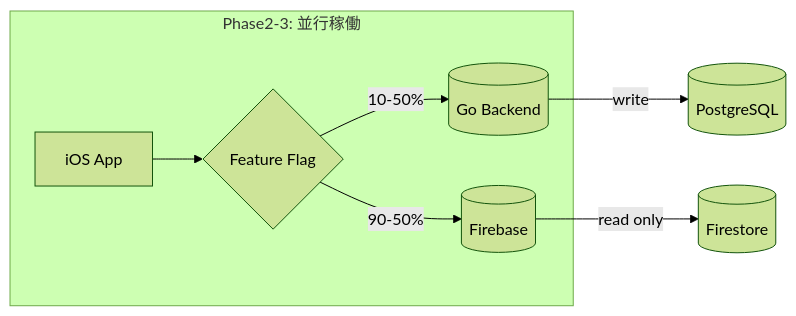
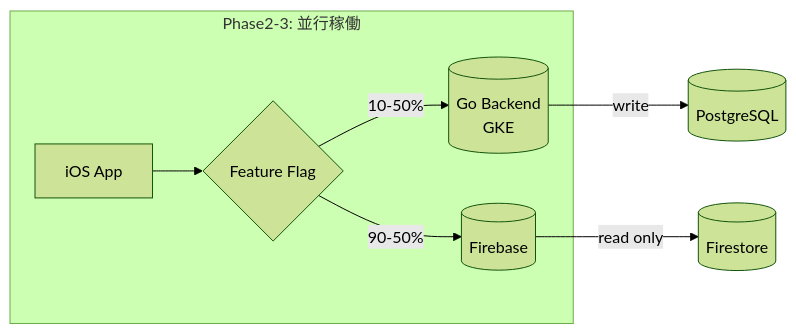
Before and after one commit to RRRRRRR-777/TokoToko: the second of 2 diagrams in backend/docs/deployment-architecture.md, drawn with Mermaid (forest theme). The commit also changed other lines of this file, not shown here.

First line of the commit message:
docs: GKE Autopilotアーキテクチャへ変更 + Codexレビュー反映 (#148)

````diff
--- a/backend/docs/deployment-architecture.md
+++ b/backend/docs/deployment-architecture.md
@@ -349,15 +686,15 @@
 ```mermaid
 graph LR
     subgraph "Phase2-3: 並行稼働"
         iOS[iOS App]
         FF{Feature Flag}
         Firebase[(Firebase)]
-        Go[(Go Backend)]
+        Go[(Go Backend<br/>GKE)]
     end
 
     iOS --> FF
     FF -->|10-50%| Go
     FF -->|90-50%| Firebase
     Go -->|write| PostgreSQL[(PostgreSQL)]
     Firebase -->|read only| Firestore[(Firestore)]
 ```
````
